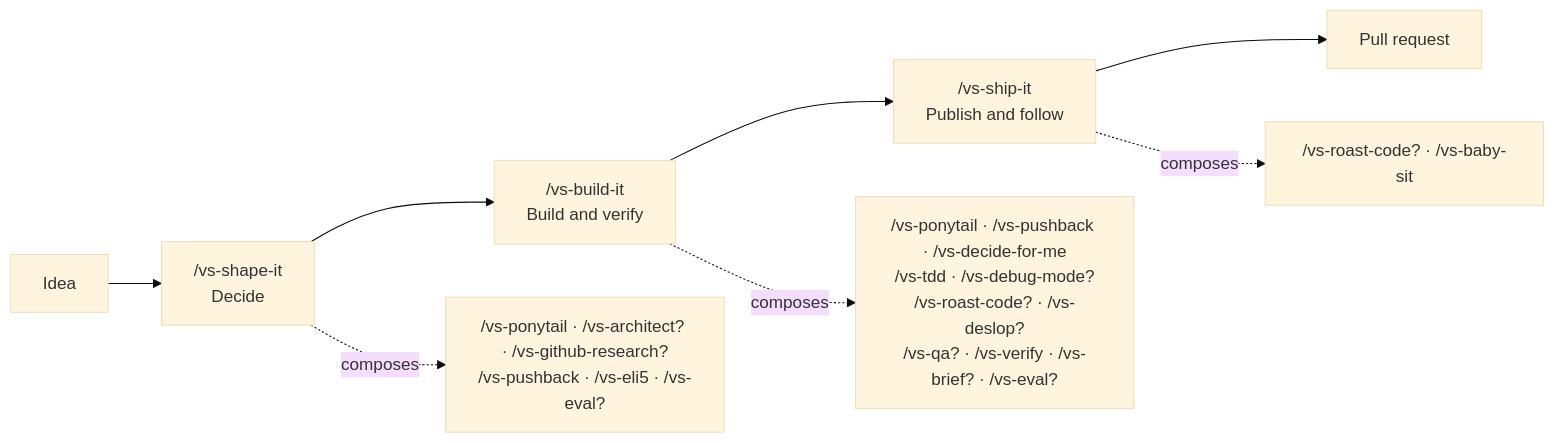
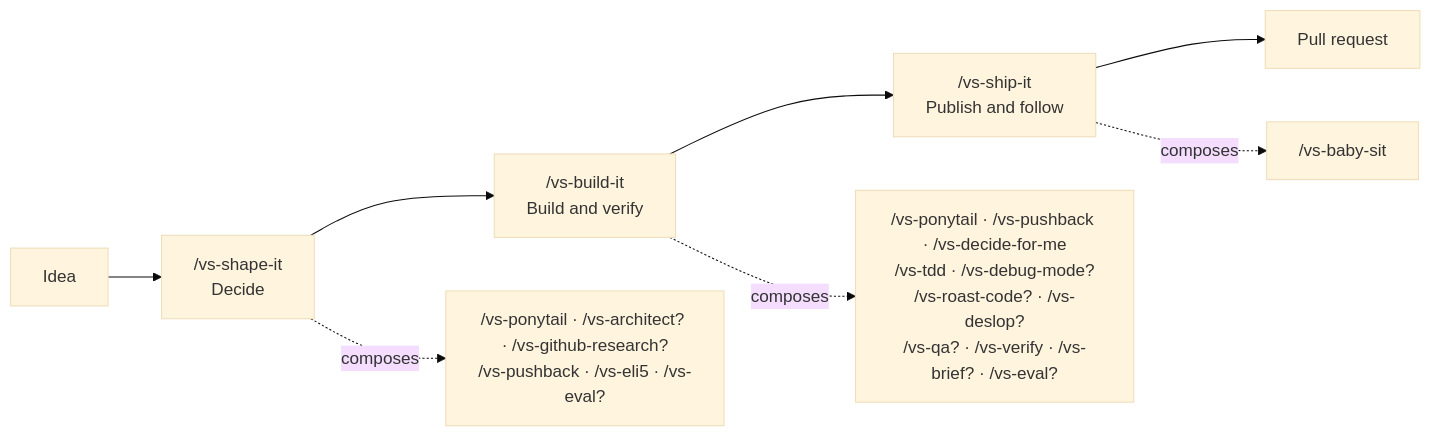
One commit to vltansky/vs changed the first of 4 diagrams in README.md. Above: the diagram before and after it, drawn with Mermaid (base theme). The commit also changed other lines of this file and 9 other files, not shown here.

````diff
--- a/README.md
+++ b/README.md
@@ -34,10 +34,10 @@
 ```mermaid
 flowchart LR
     I[Idea] --> S["/vs-shape-it<br/>Decide"] --> B["/vs-build-it<br/>Build and verify"]
     B --> P["/vs-ship-it<br/>Publish and follow"]
     P --> O[Pull request]
 
     S -. composes .-> SC["/vs-ponytail · /vs-architect? · /vs-github-research?<br/>/vs-pushback · /vs-eli5 · /vs-eval?"]
     B -. composes .-> BC["/vs-ponytail · /vs-pushback · /vs-decide-for-me<br/>/vs-tdd · /vs-debug-mode?<br/>/vs-roast-code? · /vs-deslop?<br/>/vs-qa? · /vs-verify · /vs-brief? · /vs-eval?"]
-    P -. composes .-> PC["/vs-roast-code? · /vs-baby-sit"]
+    P -. composes .-> PC["/vs-baby-sit"]
 ```
````
